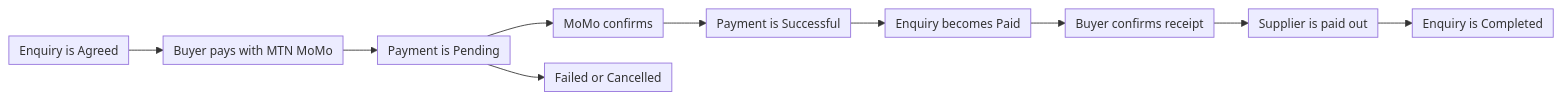
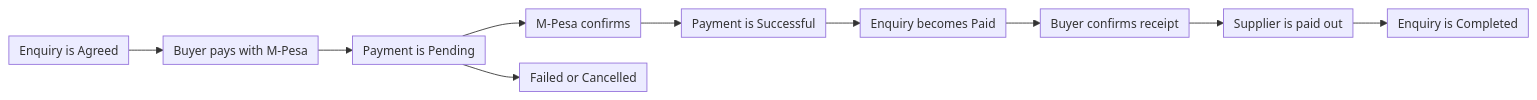
The diagram in docs/backend/payments.md (akirachix/athena-technical-documentation), drawn with Mermaid before and after one commit. The commit also changed other lines of this file and 26 other files, not shown here.

````diff
--- a/docs/backend/payments.md
+++ b/docs/backend/payments.md
@@ -11,13 +11,13 @@
 ```mermaid
 %%{init: {"flowchart": {"padding": 6, "nodeSpacing": 30, "rankSpacing": 40}, "themeVariables": {"fontSize": "14px"}}}%%
 flowchart LR
-    A[Enquiry is Agreed] --> B[Buyer pays with MTN MoMo]
+    A[Enquiry is Agreed] --> B[Buyer pays with M-Pesa]
     B --> C[Payment is Pending]
-    C --> D[MoMo confirms]
+    C --> D[M-Pesa confirms]
     D --> E[Payment is Successful]
     E --> F[Enquiry becomes Paid]
     F --> G[Buyer confirms receipt]
     G --> H[Supplier is paid out]
     H --> I[Enquiry is Completed]
     C --> J[Failed or Cancelled]
 ```
````
